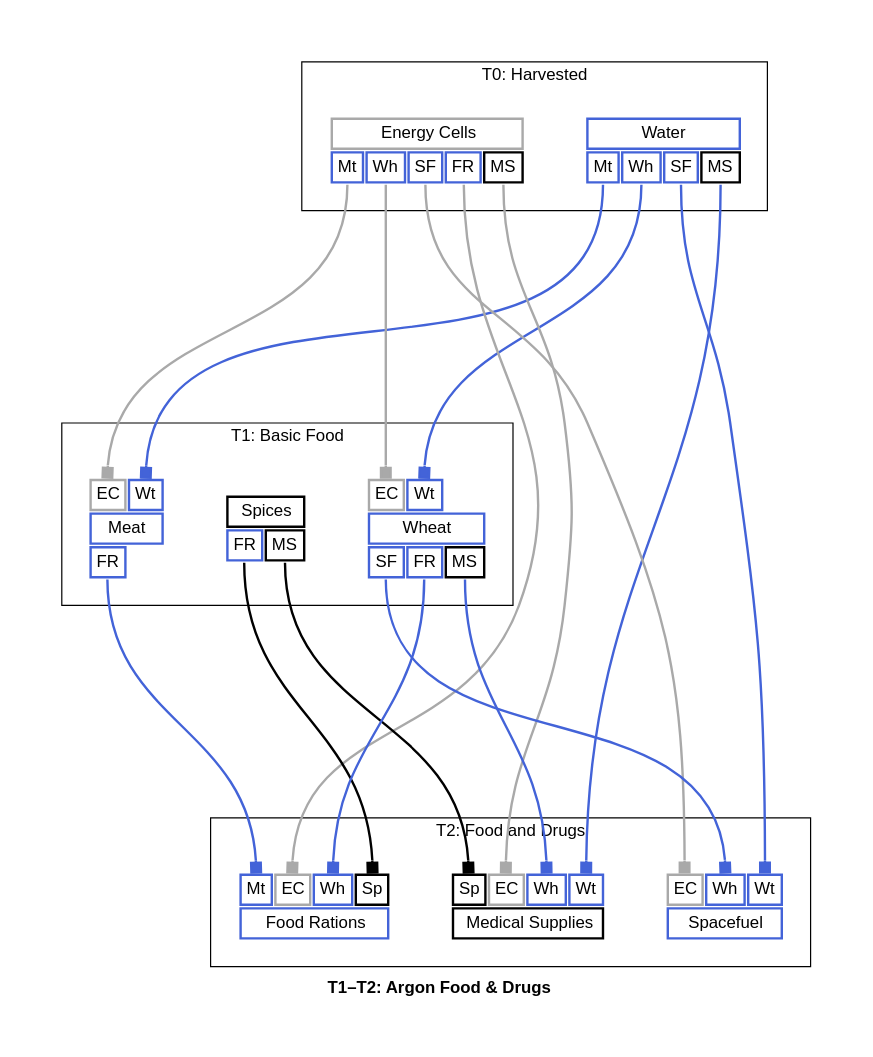
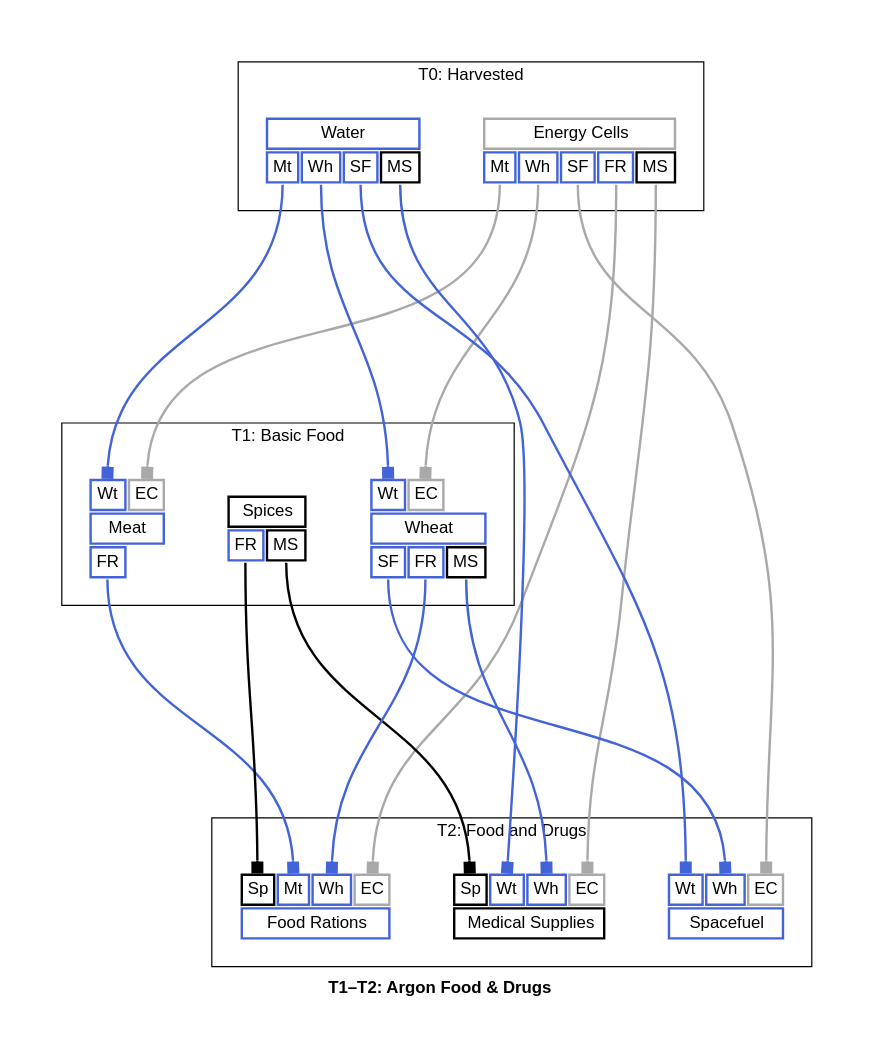
One commit to borntyping/x4-diagrams changed the diagram in docs/t1_t2_argon_food_drugs_graph_full.dot. Above: the diagram before and after it, drawn with Graphviz. The commit also changed other lines of this file and 46 other files, not shown here.

```diff
--- a/docs/t1_t2_argon_food_drugs_graph_full.dot
+++ b/docs/t1_t2_argon_food_drugs_graph_full.dot
@@ -1,188 +1,188 @@
 digraph "X4 Economy" {
 	edge [arrowType=normal]
 	compound=true fontname="Helvetica,Arial,sans-serif"
 	label=<<b>T1–T2: Argon Food &amp; Drugs</b>>
 	graph [nodesep=0.3 pad=0.5 ranksep=3]
 	node [color=slategray1 fontname="Helvetica,Arial,sans-serif" margin=0.2 penwidth=2.0 shape=plaintext]
 	edge [arrowhead=normal arrowsize=1.0 fontname="Helvetica,Arial,sans-serif" headport=n penwidth=2.0 tailport=s]
 	subgraph 0 {
 		cluster=true label="T0: Harvested"
-		water [label=<<table border="0" cellborder="2" cellpadding="4" cellspacing="1" fixedsize="false" id="water" port="output">
-  
-  <tr>
-    <td align="text" bgcolor="white" color="#4363d8" colspan="4">Water</td>
-  </tr>
-  
-    <tr>
-      
-        <td align="text" bgcolor="white" color="#4363d8" port="meat">Mt</td>
-      
-        <td align="text" bgcolor="white" color="#4363d8" port="wheat">Wh</td>
-      
-        <td align="text" bgcolor="white" color="#4363d8" port="spacefuel">SF</td>
-      
-        <td align="text" bgcolor="white" color="#000000" port="medical_supplies">MS</td>
-      
-    </tr>
-  
-</table>>]
 		energy_cells [label=<<table border="0" cellborder="2" cellpadding="4" cellspacing="1" fixedsize="false" id="energy_cells" port="output">
   
   <tr>
     <td align="text" bgcolor="white" color="#a9a9a9" colspan="5">Energy Cells</td>
   </tr>
   
     <tr>
       
         <td align="text" bgcolor="white" color="#4363d8" port="meat">Mt</td>
       
         <td align="text" bgcolor="white" color="#4363d8" port="wheat">Wh</td>
       
         <td align="text" bgcolor="white" color="#4363d8" port="spacefuel">SF</td>
       
         <td align="text" bgcolor="white" color="#4363d8" port="food_rations">FR</td>
       
         <td align="text" bgcolor="white" color="#000000" port="medical_supplies">MS</td>
       
     </tr>
   
 </table>>]
+		water [label=<<table border="0" cellborder="2" cellpadding="4" cellspacing="1" fixedsize="false" id="water" port="output">
+  
+  <tr>
+    <td align="text" bgcolor="white" color="#4363d8" colspan="4">Water</td>
+  </tr>
+  
+    <tr>
+      
+        <td align="text" bgcolor="white" color="#4363d8" port="meat">Mt</td>
+      
+        <td align="text" bgcolor="white" color="#4363d8" port="wheat">Wh</td>
+      
+        <td align="text" bgcolor="white" color="#4363d8" port="spacefuel">SF</td>
+      
+        <td align="text" bgcolor="white" color="#000000" port="medical_supplies">MS</td>
+      
+    </tr>
+  
+</table>>]
 	}
 	subgraph 1 {
 		cluster=true label="T1: Basic Food"
 		meat [label=<<table border="0" cellborder="2" cellpadding="4" cellspacing="1" fixedsize="false" id="meat" port="output">
   
     <tr>
       
+        <td align="text" bgcolor="white" color="#4363d8" port="water">Wt</td>
+      
         <td align="text" bgcolor="white" color="#a9a9a9" port="energy_cells">EC</td>
-      
-        <td align="text" bgcolor="white" color="#4363d8" port="water">Wt</td>
       
     </tr>
   
   <tr>
     <td align="text" bgcolor="white" color="#4363d8" colspan="2">Meat</td>
   </tr>
   
     <tr>
       
         <td align="text" bgcolor="white" color="#4363d8" port="food_rations">FR</td>
       
     </tr>
   
 </table>>]
 		spices [label=<<table border="0" cellborder="2" cellpadding="4" cellspacing="1" fixedsize="false" id="spices" port="output">
   
   <tr>
     <td align="text" bgcolor="white" color="#000000" colspan="2">Spices</td>
   </tr>
   
     <tr>
       
         <td align="text" bgcolor="white" color="#4363d8" port="food_rations">FR</td>
       
         <td align="text" bgcolor="white" color="#000000" port="medical_supplies">MS</td>
       
     </tr>
   
 </table>>]
 		wheat [label=<<table border="0" cellborder="2" cellpadding="4" cellspacing="1" fixedsize="false" id="wheat" port="output">
   
     <tr>
       
+        <td align="text" bgcolor="white" color="#4363d8" port="water">Wt</td>
+      
         <td align="text" bgcolor="white" color="#a9a9a9" port="energy_cells">EC</td>
-      
-        <td align="text" bgcolor="white" color="#4363d8" port="water">Wt</td>
       
     </tr>
   
   <tr>
     <td align="text" bgcolor="white" color="#4363d8" colspan="3">Wheat</td>
   </tr>
   
     <tr>
       
         <td align="text" bgcolor="white" color="#4363d8" port="spacefuel">SF</td>
       
         <td align="text" bgcolor="white" color="#4363d8" port="food_rations">FR</td>
       
         <td align="text" bgcolor="white" color="#000000" port="medical_supplies">MS</td>
       
     </tr>
   
 </table>>]
 	}
 	subgraph 2 {
 		cluster=true label="T2: Food and Drugs"
-		spacefuel [label=<<table border="0" cellborder="2" cellpadding="4" cellspacing="1" fixedsize="false" id="spacefuel" port="output">
-  
-    <tr>
-      
-        <td align="text" bgcolor="white" color="#a9a9a9" port="energy_cells">EC</td>
-      
-        <td align="text" bgcolor="white" color="#4363d8" port="wheat">Wh</td>
-      
-        <td align="text" bgcolor="white" color="#4363d8" port="water">Wt</td>
-      
-    </tr>
-  
-  <tr>
-    <td align="text" bgcolor="white" color="#4363d8" colspan="3">Spacefuel</td>
-  </tr>
-  
-</table>>]
 		food_rations [label=<<table border="0" cellborder="2" cellpadding="4" cellspacing="1" fixedsize="false" id="food_rations" port="output">
   
     <tr>
       
+        <td align="text" bgcolor="white" color="#000000" port="spices">Sp</td>
+      
         <td align="text" bgcolor="white" color="#4363d8" port="meat">Mt</td>
-      
-        <td align="text" bgcolor="white" color="#a9a9a9" port="energy_cells">EC</td>
       
         <td align="text" bgcolor="white" color="#4363d8" port="wheat">Wh</td>
       
-        <td align="text" bgcolor="white" color="#000000" port="spices">Sp</td>
+        <td align="text" bgcolor="white" color="#a9a9a9" port="energy_cells">EC</td>
       
     </tr>
   
   <tr>
     <td align="text" bgcolor="white" color="#4363d8" colspan="4">Food Rations</td>
   </tr>
   
 </table>>]
 		medical_supplies [label=<<table border="0" cellborder="2" cellpadding="4" cellspacing="1" fixedsize="false" id="medical_supplies" port="output">
   
     <tr>
       
         <td align="text" bgcolor="white" color="#000000" port="spices">Sp</td>
       
-        <td align="text" bgcolor="white" color="#a9a9a9" port="energy_cells">EC</td>
+        <td align="text" bgcolor="white" color="#4363d8" port="water">Wt</td>
       
         <td align="text" bgcolor="white" color="#4363d8" port="wheat">Wh</td>
       
-        <td align="text" bgcolor="white" color="#4363d8" port="water">Wt</td>
+        <td align="text" bgcolor="white" color="#a9a9a9" port="energy_cells">EC</td>
       
     </tr>
   
   <tr>
     <td align="text" bgcolor="white" color="#000000" colspan="4">Medical Supplies</td>
+  </tr>
+  
+</table>>]
+		spacefuel [label=<<table border="0" cellborder="2" cellpadding="4" cellspacing="1" fixedsize="false" id="spacefuel" port="output">
+  
+    <tr>
+      
+        <td align="text" bgcolor="white" color="#4363d8" port="water">Wt</td>
+      
+        <td align="text" bgcolor="white" color="#4363d8" port="wheat">Wh</td>
+      
+        <td align="text" bgcolor="white" color="#a9a9a9" port="energy_cells">EC</td>
+      
+    </tr>
+  
+  <tr>
+    <td align="text" bgcolor="white" color="#4363d8" colspan="3">Spacefuel</td>
   </tr>
   
 </table>>]
 	}
 	energy_cells:meat:s -> meat:energy_cells:n [arrowhead=box color="#a9a9a9" weight=1.0]
 	water:meat:s -> meat:water:n [arrowhead=box color="#4363d8" weight=1.0]
 	energy_cells:wheat:s -> wheat:energy_cells:n [arrowhead=box color="#a9a9a9" weight=1.0]
 	water:wheat:s -> wheat:water:n [arrowhead=box color="#4363d8" weight=1.0]
 	energy_cells:spacefuel:s -> spacefuel:energy_cells:n [arrowhead=box color="#a9a9a9" weight=1.0]
 	water:spacefuel:s -> spacefuel:water:n [arrowhead=box color="#4363d8" weight=1.0]
 	wheat:spacefuel:s -> spacefuel:wheat:n [arrowhead=box color="#4363d8" weight=1.0]
 	energy_cells:food_rations:s -> food_rations:energy_cells:n [arrowhead=box color="#a9a9a9" weight=1.0]
 	meat:food_rations:s -> food_rations:meat:n [arrowhead=box color="#4363d8" weight=1.0]
 	spices:food_rations:s -> food_rations:spices:n [arrowhead=box color="#000000" weight=1.0]
 	wheat:food_rations:s -> food_rations:wheat:n [arrowhead=box color="#4363d8" weight=1.0]
 	energy_cells:medical_supplies:s -> medical_supplies:energy_cells:n [arrowhead=box color="#a9a9a9" weight=1.0]
 	spices:medical_supplies:s -> medical_supplies:spices:n [arrowhead=box color="#000000" weight=1.0]
 	water:medical_supplies:s -> medical_supplies:water:n [arrowhead=box color="#4363d8" weight=1.0]
 	wheat:medical_supplies:s -> medical_supplies:wheat:n [arrowhead=box color="#4363d8" weight=1.0]
 }
```
